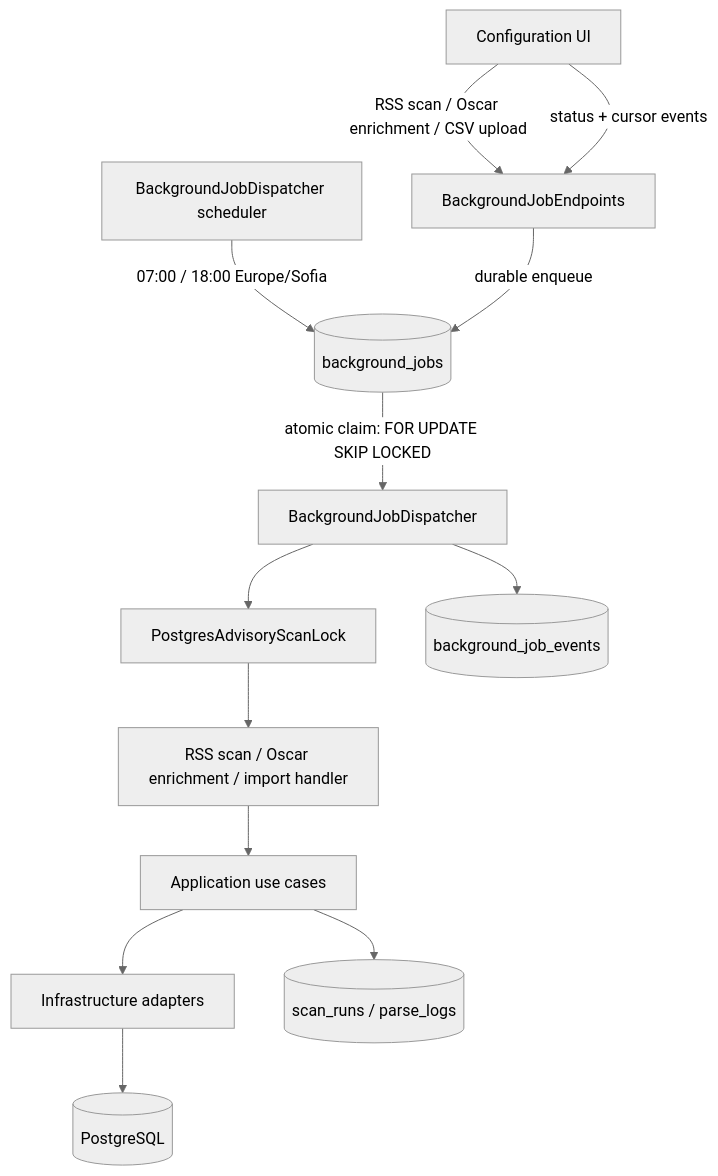
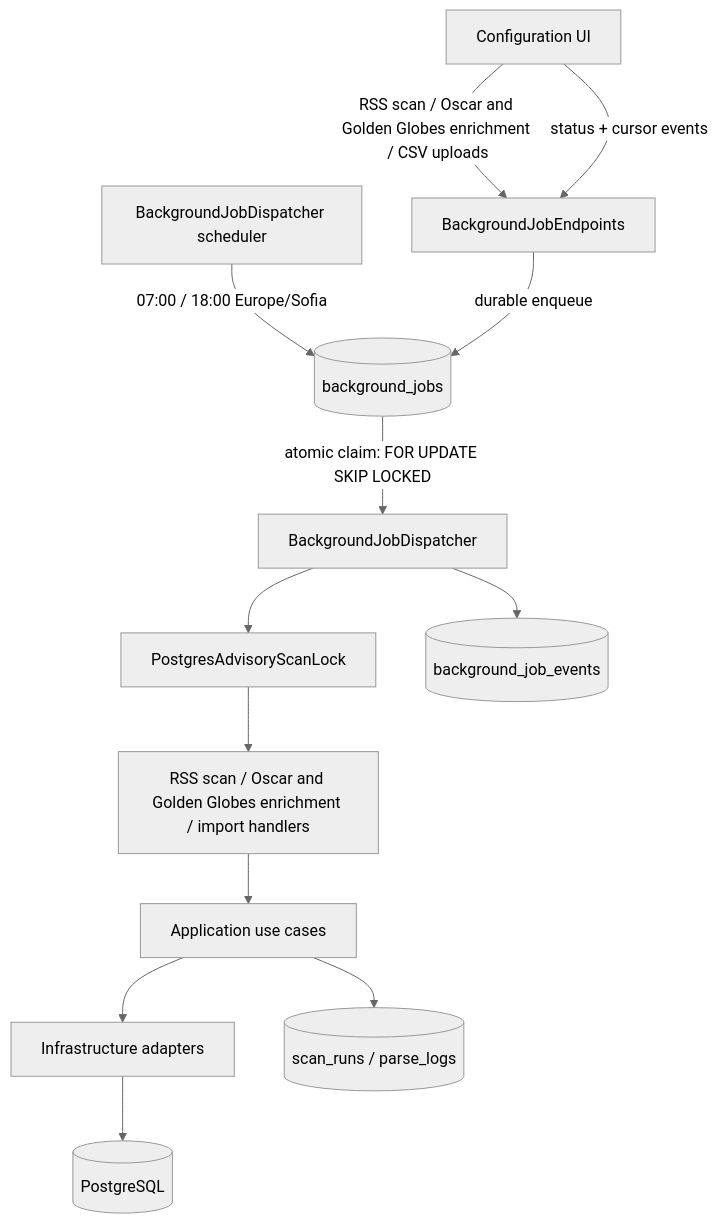
One commit to ValeriDublekov/MediaDock2.0 changed the third of 4 diagrams in docs/ai/ARCHITECTURE.md. Above: the diagram before and after it, drawn with Mermaid (neutral theme). The commit also changed other lines of this file and 15 other files, not shown here.

Commit message:
tests and documentation for golden globes

````diff
--- a/docs/ai/ARCHITECTURE.md
+++ b/docs/ai/ARCHITECTURE.md
@@ -55,15 +55,15 @@
 ```mermaid
 flowchart TD
-    ui["Configuration UI"] -->|"RSS scan / Oscar enrichment / CSV upload"| routes["BackgroundJobEndpoints"]
+    ui["Configuration UI"] -->|"RSS scan / Oscar and Golden Globes enrichment / CSV uploads"| routes["BackgroundJobEndpoints"]
     scheduler["BackgroundJobDispatcher scheduler"] -->|"07:00 / 18:00 Europe/Sofia"| queue[("background_jobs")]
     routes -->|"durable enqueue"| queue
     queue -->|"atomic claim: FOR UPDATE SKIP LOCKED"| dispatcher["BackgroundJobDispatcher"]
     dispatcher --> lock["PostgresAdvisoryScanLock"]
-    lock --> handler["RSS scan / Oscar enrichment / import handler"]
+    lock --> handler["RSS scan / Oscar and Golden Globes enrichment / import handlers"]
     handler --> app["Application use cases"]
     app --> infra["Infrastructure adapters"]
     infra --> db[("PostgreSQL")]
     dispatcher --> events[("background_job_events")]
     app --> history[("scan_runs / parse_logs")]
     ui -->|"status + cursor events"| routes
 ```
````
